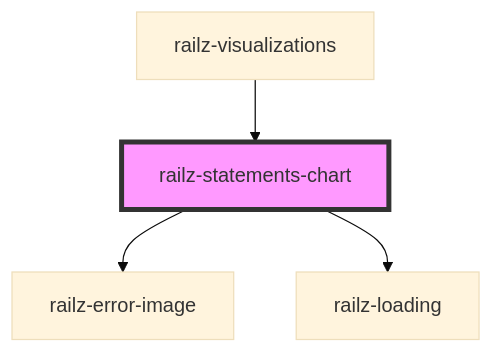
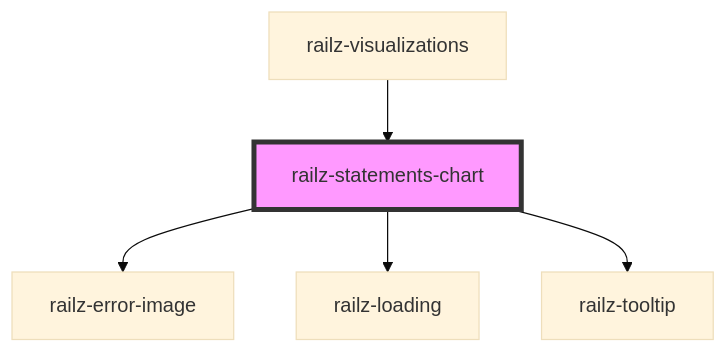
One commit to railz-ai/railz-visualizations changed the diagram in packages/components/src/elements/statements-chart/readme.md. Above: the diagram before and after it, drawn with Mermaid (base theme). The commit also changed other lines of this file and 11 other files, not shown here.

````diff
--- a/packages/components/src/elements/statements-chart/readme.md
+++ b/packages/components/src/elements/statements-chart/readme.md
@@ -26,7 +27,8 @@
 ```mermaid
 graph TD;
   railz-statements-chart --> railz-error-image
   railz-statements-chart --> railz-loading
+  railz-statements-chart --> railz-tooltip
   railz-visualizations --> railz-statements-chart
   style railz-statements-chart fill:#f9f,stroke:#333,stroke-width:4px
 ```
````
